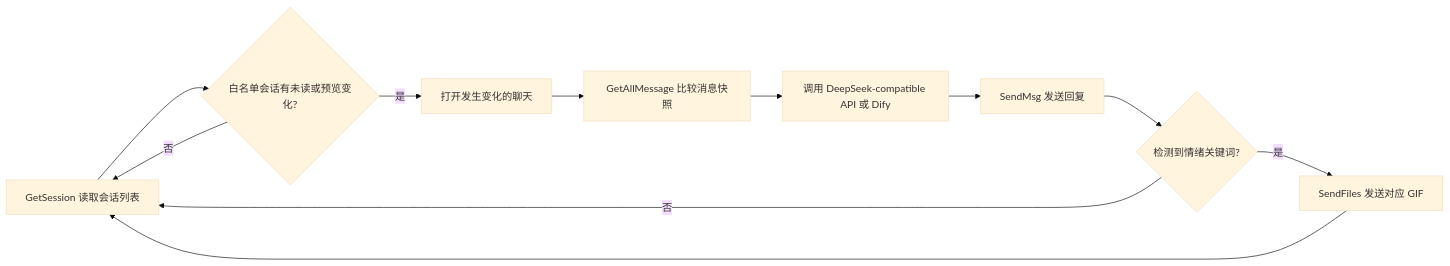
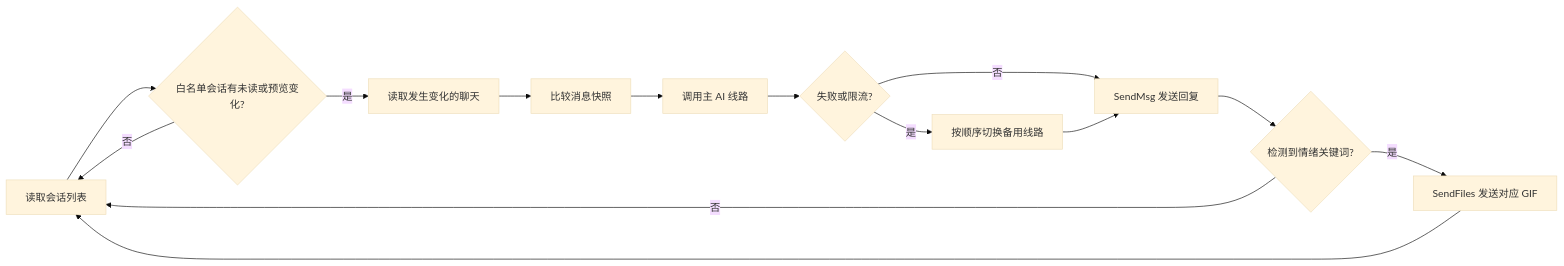
Before and after one commit to yishuizhe/Dream-Moments-Dify: the diagram in README.md, drawn with Mermaid (base theme). The commit also changed other lines of this file and 54 other files, not shown here.

````diff
--- a/README.md
+++ b/README.md
@@ -40,13 +42,16 @@
 ```mermaid
 flowchart LR
-    A[GetSession 读取会话列表] --> B{白名单会话有未读或预览变化?}
+    A[读取会话列表] --> B{白名单会话有未读或预览变化?}
     B -- 否 --> A
-    B -- 是 --> C[打开发生变化的聊天]
-    C --> D[GetAllMessage 比较消息快照]
-    D --> E[调用 DeepSeek-compatible API 或 Dify]
-    E --> F[SendMsg 发送回复]
+    B -- 是 --> C[读取发生变化的聊天]
+    C --> D[比较消息快照]
+    D --> E[调用主 AI 线路]
+    E --> I{失败或限流?}
+    I -- 是 --> J[按顺序切换备用线路]
+    I -- 否 --> F[SendMsg 发送回复]
+    J --> F
     F --> G{检测到情绪关键词?}
     G -- 是 --> H[SendFiles 发送对应 GIF]
     G -- 否 --> A
     H --> A
 ```
````
